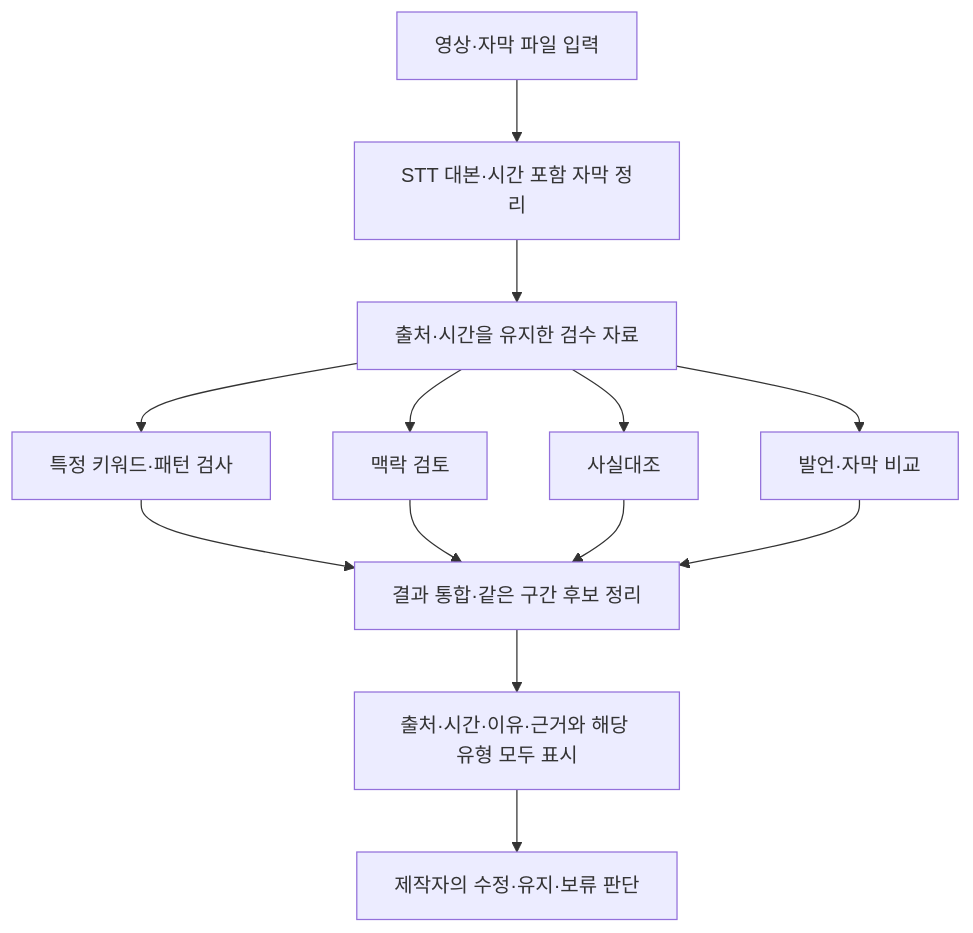
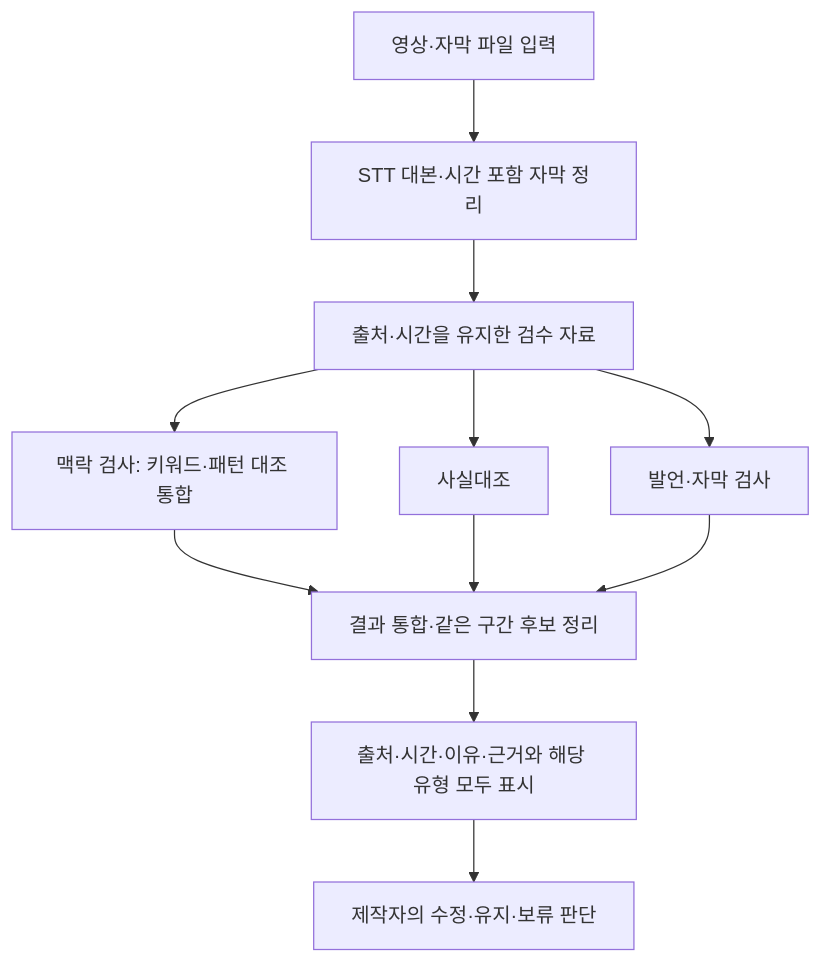
One commit to turtleisbestanimal/OoPs- changed the diagram in 전체_기획서.md. Above: the diagram before and after it, drawn with Mermaid. The commit also changed other lines of this file and 3 other files, not shown here.

````diff
--- a/전체_기획서.md
+++ b/전체_기획서.md
@@ -254,15 +255,13 @@
 ```mermaid
 flowchart TD
     A["영상·자막 파일 입력"] --> B["STT 대본·시간 포함 자막 정리"]
     B --> C["출처·시간을 유지한 검수 자료"]
-    C --> D["특정 키워드·패턴 검사"]
-    C --> E["맥락 검토"]
+    C --> E["맥락 검사: 키워드·패턴 대조 통합"]
     C --> F["사실대조"]
-    C --> G["발언·자막 비교"]
-    D --> H["결과 통합·같은 구간 후보 정리"]
-    E --> H
+    C --> G["발언·자막 검사"]
+    E --> H["결과 통합·같은 구간 후보 정리"]
     F --> H
     G --> H
     H --> I["출처·시간·이유·근거와 해당 유형 모두 표시"]
     I --> J["제작자의 수정·유지·보류 판단"]
 ```
````
